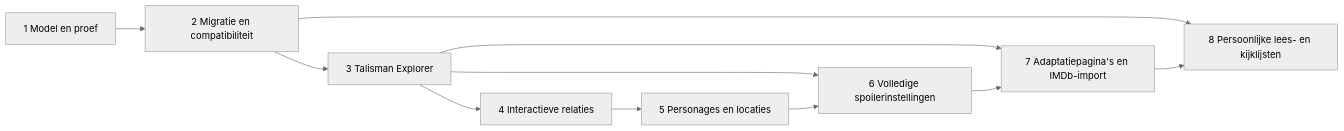
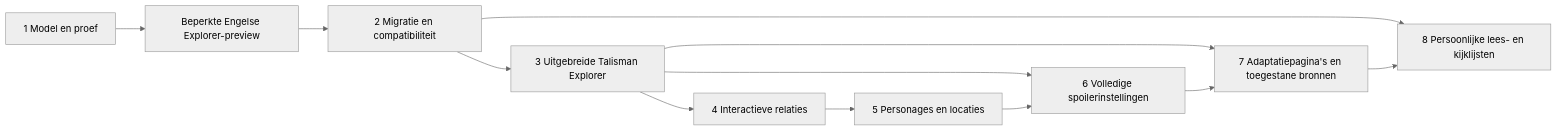
One commit to ysfmyfpvwb-afk/the-kingverse changed the diagram in ROADMAP.md. Above: the diagram before and after it, drawn with Mermaid (neutral theme). The commit also changed other lines of this file and 30 other files, not shown here.

Commit message:
feat: add connected Kingverse Explorer preview

````diff
--- a/ROADMAP.md
+++ b/ROADMAP.md
@@ -11,13 +11,14 @@
 ```mermaid
 flowchart LR
-  F1[1 Model en proef] --> F2[2 Migratie en compatibiliteit]
-  F2 --> F3[3 Talisman Explorer]
+  F1[1 Model en proef] --> P[Beperkte Engelse Explorer-preview]
+  P --> F2[2 Migratie en compatibiliteit]
+  F2 --> F3[3 Uitgebreide Talisman Explorer]
   F3 --> F4[4 Interactieve relaties]
   F4 --> F5[5 Personages en locaties]
   F3 --> F6[6 Volledige spoilerinstellingen]
   F5 --> F6
-  F3 --> F7[7 Adaptatiepagina's en IMDb-import]
+  F3 --> F7[7 Adaptatiepagina's en toegestane bronnen]
   F6 --> F7
   F2 --> F8[8 Persoonlijke lees- en kijklijsten]
   F7 --> F8
 ```
````
